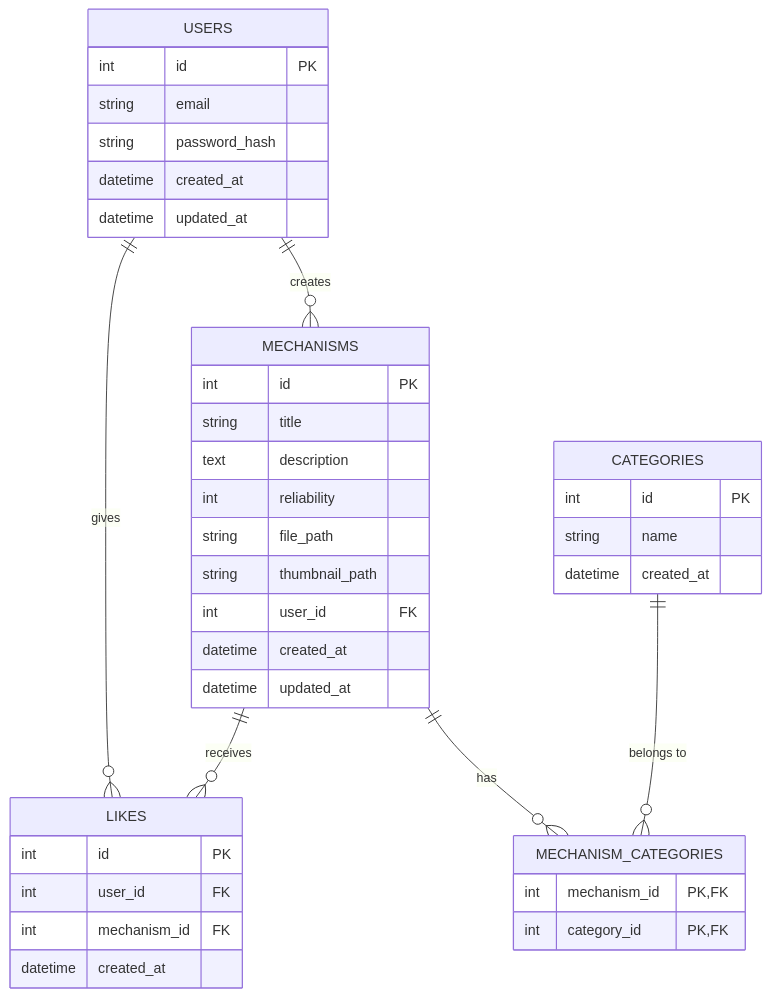
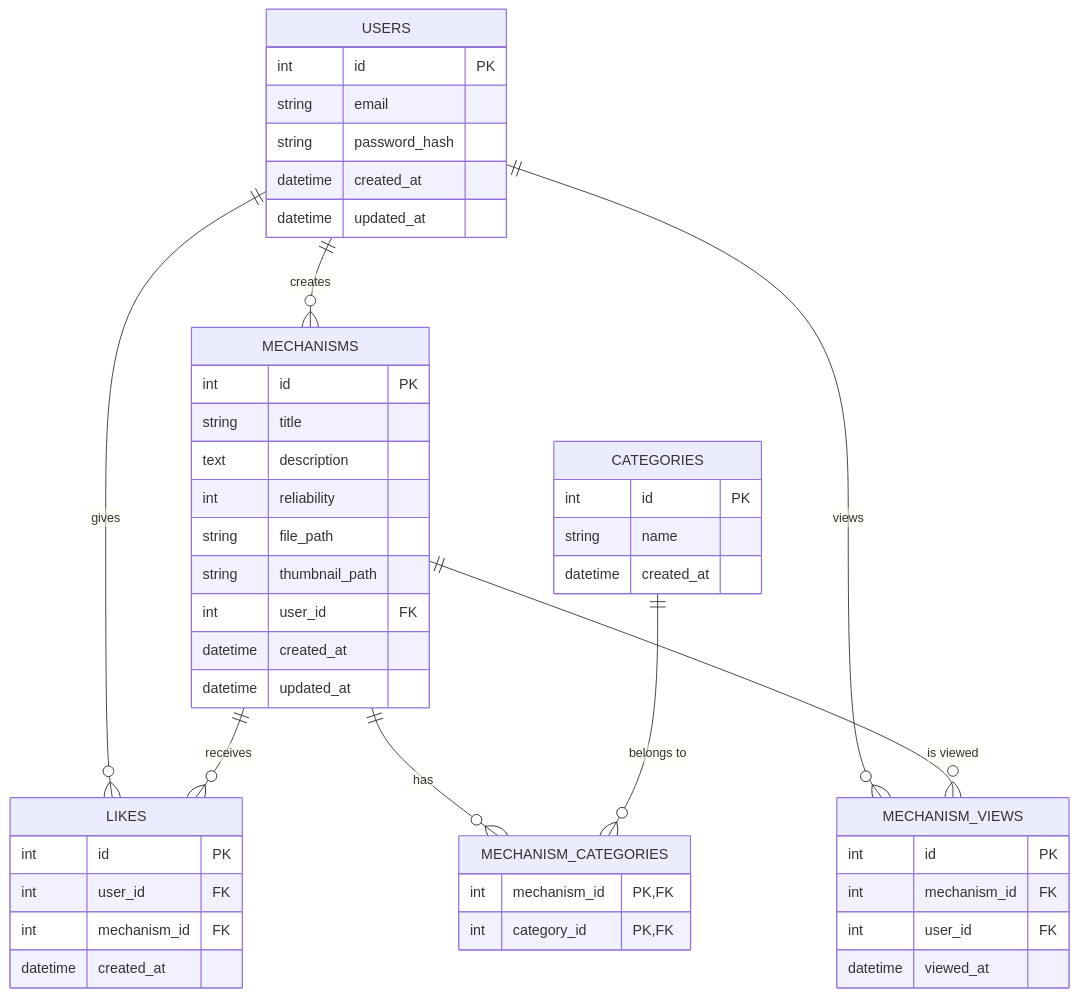
The diagram in docs/database_diagram.md (moro-qq82/mechanism-sharing-app2), drawn with Mermaid before and after one commit. The commit also changed other lines of this file and 4 other files, not shown here.

````diff
--- a/docs/database_diagram.md
+++ b/docs/database_diagram.md
@@ -5,46 +5,55 @@
 ```mermaid
 erDiagram
     USERS {
         int id PK
         string email
         string password_hash
         datetime created_at
         datetime updated_at
     }
     
     MECHANISMS {
         int id PK
         string title
         text description
         int reliability
         string file_path
         string thumbnail_path
         int user_id FK
         datetime created_at
         datetime updated_at
     }
     
     CATEGORIES {
         int id PK
         string name
         datetime created_at
     }
     
     LIKES {
         int id PK
         int user_id FK
         int mechanism_id FK
         datetime created_at
     }
     
     MECHANISM_CATEGORIES {
         int mechanism_id PK,FK
         int category_id PK,FK
     }
     
+    MECHANISM_VIEWS {
+        int id PK
+        int mechanism_id FK
+        int user_id FK
+        datetime viewed_at
+    }
+    
     USERS ||--o{ MECHANISMS : "creates"
     USERS ||--o{ LIKES : "gives"
+    USERS ||--o{ MECHANISM_VIEWS : "views"
     MECHANISMS ||--o{ LIKES : "receives"
     MECHANISMS ||--o{ MECHANISM_CATEGORIES : "has"
+    MECHANISMS ||--o{ MECHANISM_VIEWS : "is viewed"
     CATEGORIES ||--o{ MECHANISM_CATEGORIES : "belongs to"
 ```
````
